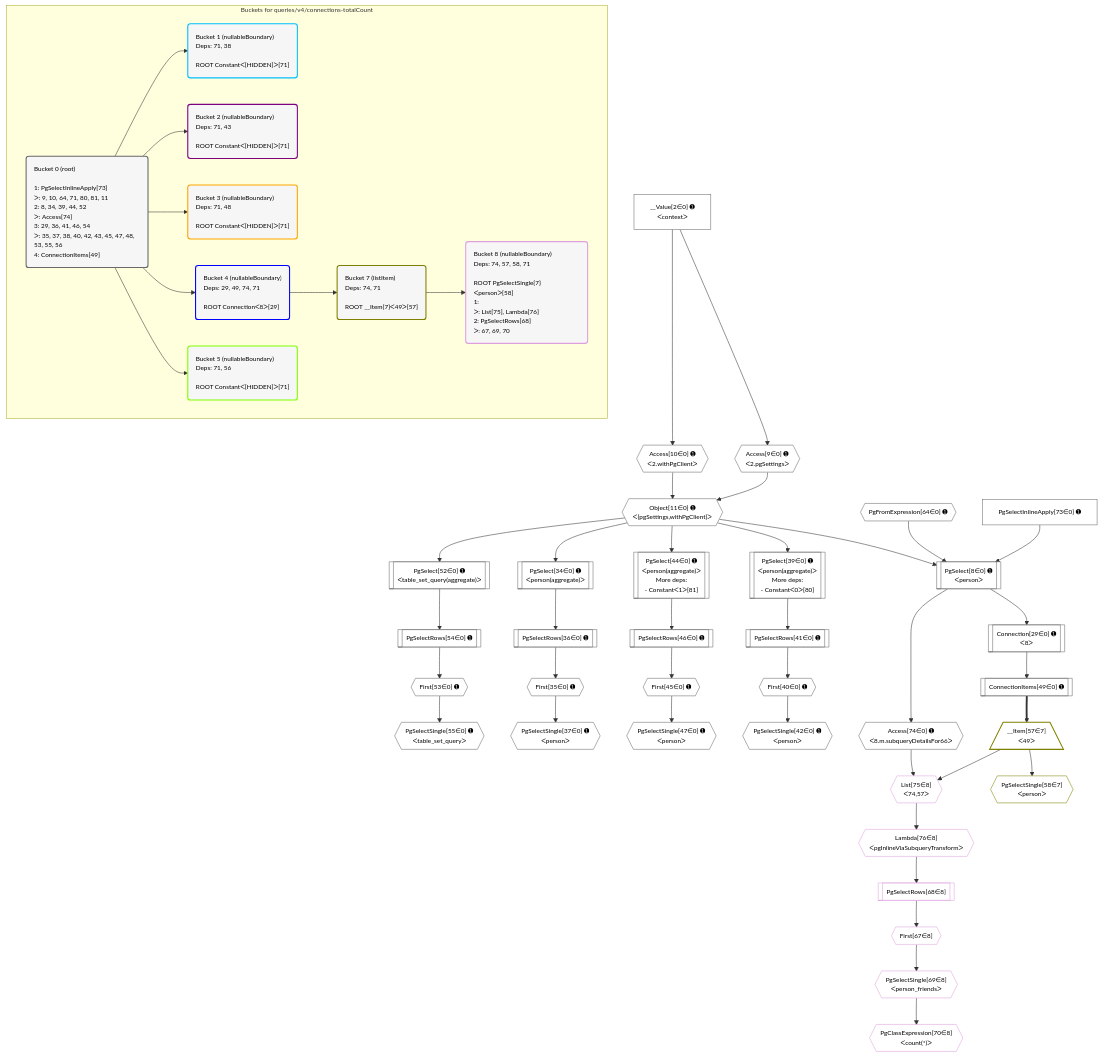
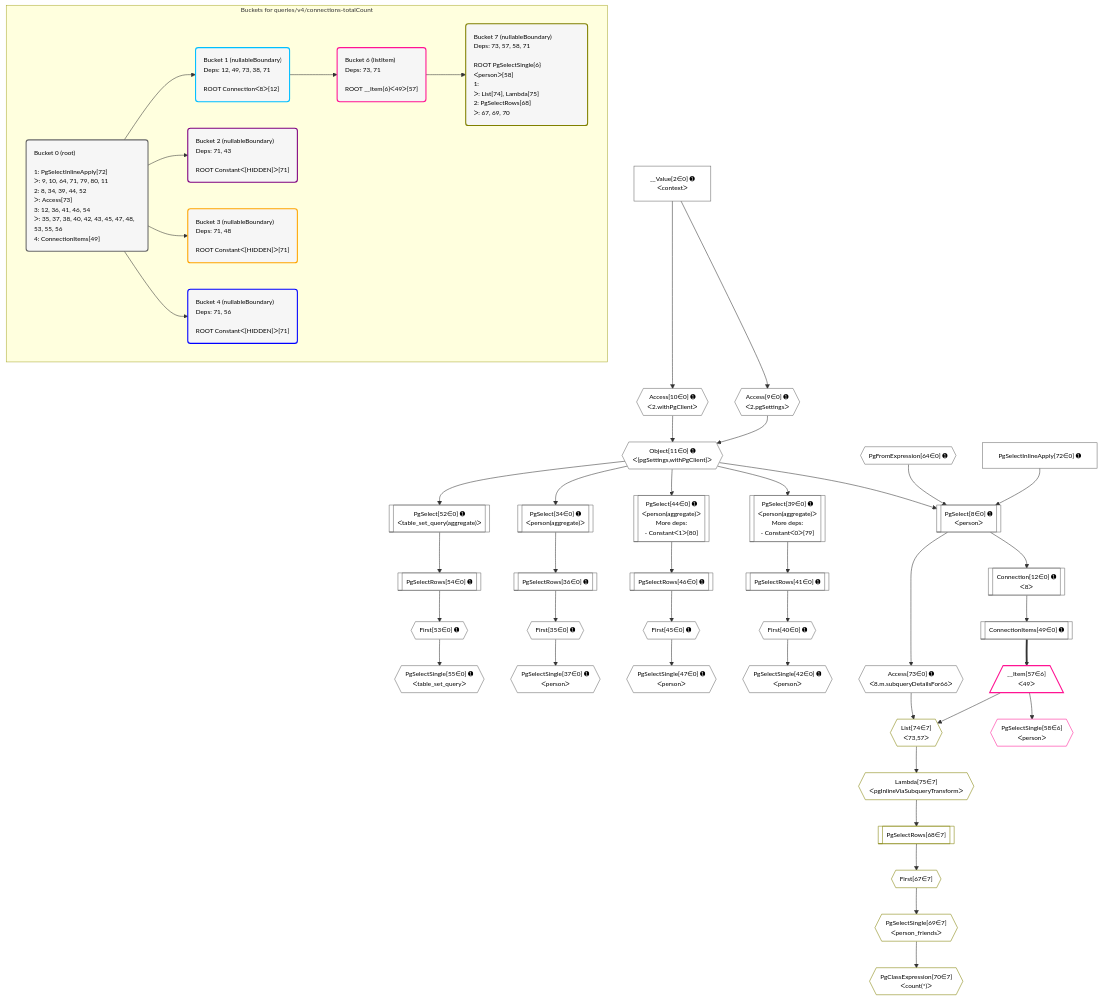
Before and after one commit to graphile/crystal: the diagram in postgraphile/postgraphile/__tests__/queries/v4/connections-totalCount.mermaid, drawn with Mermaid. The commit also changed 6 other files, not shown here.

```diff
--- a/postgraphile/postgraphile/__tests__/queries/v4/connections-totalCount.mermaid
+++ b/postgraphile/postgraphile/__tests__/queries/v4/connections-totalCount.mermaid
@@ -1,107 +1,104 @@
 %%{init: {'themeVariables': { 'fontSize': '12px'}}}%%
 graph TD
     classDef path fill:#eee,stroke:#000,color:#000
     classDef plan fill:#fff,stroke-width:1px,color:#000
     classDef itemplan fill:#fff,stroke-width:2px,color:#000
     classDef unbatchedplan fill:#dff,stroke-width:1px,color:#000
     classDef sideeffectplan fill:#fcc,stroke-width:2px,color:#000
     classDef bucket fill:#f6f6f6,color:#000,stroke-width:2px,text-align:left
 
     subgraph "Buckets for queries/v4/connections-totalCount"
-    Bucket0("Bucket 0 (root)<br /><br />1: PgSelectInlineApply[73]<br />ᐳ: 9, 10, 64, 71, 80, 81, 11<br />2: 8, 34, 39, 44, 52<br />ᐳ: Access[74]<br />3: 29, 36, 41, 46, 54<br />ᐳ: 35, 37, 38, 40, 42, 43, 45, 47, 48, 53, 55, 56<br />4: ConnectionItems[49]"):::bucket
-    Bucket1("Bucket 1 (nullableBoundary)<br />Deps: 71, 38<br /><br />ROOT Constantᐸ[HIDDEN]ᐳ[71]"):::bucket
+    Bucket0("Bucket 0 (root)<br /><br />1: PgSelectInlineApply[72]<br />ᐳ: 9, 10, 64, 71, 79, 80, 11<br />2: 8, 34, 39, 44, 52<br />ᐳ: Access[73]<br />3: 12, 36, 41, 46, 54<br />ᐳ: 35, 37, 38, 40, 42, 43, 45, 47, 48, 53, 55, 56<br />4: ConnectionItems[49]"):::bucket
+    Bucket1("Bucket 1 (nullableBoundary)<br />Deps: 12, 49, 73, 38, 71<br /><br />ROOT Connectionᐸ8ᐳ[12]"):::bucket
     Bucket2("Bucket 2 (nullableBoundary)<br />Deps: 71, 43<br /><br />ROOT Constantᐸ[HIDDEN]ᐳ[71]"):::bucket
     Bucket3("Bucket 3 (nullableBoundary)<br />Deps: 71, 48<br /><br />ROOT Constantᐸ[HIDDEN]ᐳ[71]"):::bucket
-    Bucket4("Bucket 4 (nullableBoundary)<br />Deps: 29, 49, 74, 71<br /><br />ROOT Connectionᐸ8ᐳ[29]"):::bucket
-    Bucket5("Bucket 5 (nullableBoundary)<br />Deps: 71, 56<br /><br />ROOT Constantᐸ[HIDDEN]ᐳ[71]"):::bucket
-    Bucket7("Bucket 7 (listItem)<br />Deps: 74, 71<br /><br />ROOT __Item{7}ᐸ49ᐳ[57]"):::bucket
-    Bucket8("Bucket 8 (nullableBoundary)<br />Deps: 74, 57, 58, 71<br /><br />ROOT PgSelectSingle{7}ᐸpersonᐳ[58]<br />1: <br />ᐳ: List[75], Lambda[76]<br />2: PgSelectRows[68]<br />ᐳ: 67, 69, 70"):::bucket
+    Bucket4("Bucket 4 (nullableBoundary)<br />Deps: 71, 56<br /><br />ROOT Constantᐸ[HIDDEN]ᐳ[71]"):::bucket
+    Bucket6("Bucket 6 (listItem)<br />Deps: 73, 71<br /><br />ROOT __Item{6}ᐸ49ᐳ[57]"):::bucket
+    Bucket7("Bucket 7 (nullableBoundary)<br />Deps: 73, 57, 58, 71<br /><br />ROOT PgSelectSingle{6}ᐸpersonᐳ[58]<br />1: <br />ᐳ: List[74], Lambda[75]<br />2: PgSelectRows[68]<br />ᐳ: 67, 69, 70"):::bucket
     end
-    Bucket0 --> Bucket1 & Bucket2 & Bucket3 & Bucket4 & Bucket5
-    Bucket4 --> Bucket7
-    Bucket7 --> Bucket8
+    Bucket0 --> Bucket1 & Bucket2 & Bucket3 & Bucket4
+    Bucket1 --> Bucket6
+    Bucket6 --> Bucket7
 
     %% plan dependencies
     PgSelect8[["PgSelect[8∈0] ➊<br />ᐸpersonᐳ"]]:::plan
     Object11{{"Object[11∈0] ➊<br />ᐸ{pgSettings,withPgClient}ᐳ"}}:::plan
     PgFromExpression64{{"PgFromExpression[64∈0] ➊"}}:::plan
-    PgSelectInlineApply73["PgSelectInlineApply[73∈0] ➊"]:::plan
-    Object11 & PgFromExpression64 & PgSelectInlineApply73 --> PgSelect8
+    PgSelectInlineApply72["PgSelectInlineApply[72∈0] ➊"]:::plan
+    Object11 & PgFromExpression64 & PgSelectInlineApply72 --> PgSelect8
     Access9{{"Access[9∈0] ➊<br />ᐸ2.pgSettingsᐳ"}}:::plan
     Access10{{"Access[10∈0] ➊<br />ᐸ2.withPgClientᐳ"}}:::plan
     Access9 & Access10 --> Object11
-    PgSelect39[["PgSelect[39∈0] ➊<br />ᐸperson(aggregate)ᐳ<br />More deps:<br />- Constantᐸ0ᐳ[80]"]]:::plan
+    PgSelect39[["PgSelect[39∈0] ➊<br />ᐸperson(aggregate)ᐳ<br />More deps:<br />- Constantᐸ0ᐳ[79]"]]:::plan
     Object11 --> PgSelect39
-    PgSelect44[["PgSelect[44∈0] ➊<br />ᐸperson(aggregate)ᐳ<br />More deps:<br />- Constantᐸ1ᐳ[81]"]]:::plan
+    PgSelect44[["PgSelect[44∈0] ➊<br />ᐸperson(aggregate)ᐳ<br />More deps:<br />- Constantᐸ1ᐳ[80]"]]:::plan
     Object11 --> PgSelect44
     __Value2["__Value[2∈0] ➊<br />ᐸcontextᐳ"]:::plan
     __Value2 --> Access9
     __Value2 --> Access10
-    Connection29[["Connection[29∈0] ➊<br />ᐸ8ᐳ"]]:::plan
-    PgSelect8 --> Connection29
+    Connection12[["Connection[12∈0] ➊<br />ᐸ8ᐳ"]]:::plan
+    PgSelect8 --> Connection12
     PgSelect34[["PgSelect[34∈0] ➊<br />ᐸperson(aggregate)ᐳ"]]:::plan
     Object11 --> PgSelect34
     First35{{"First[35∈0] ➊"}}:::plan
     PgSelectRows36[["PgSelectRows[36∈0] ➊"]]:::plan
     PgSelectRows36 --> First35
     PgSelect34 --> PgSelectRows36
     PgSelectSingle37{{"PgSelectSingle[37∈0] ➊<br />ᐸpersonᐳ"}}:::plan
     First35 --> PgSelectSingle37
     First40{{"First[40∈0] ➊"}}:::plan
     PgSelectRows41[["PgSelectRows[41∈0] ➊"]]:::plan
     PgSelectRows41 --> First40
     PgSelect39 --> PgSelectRows41
     PgSelectSingle42{{"PgSelectSingle[42∈0] ➊<br />ᐸpersonᐳ"}}:::plan
     First40 --> PgSelectSingle42
     First45{{"First[45∈0] ➊"}}:::plan
     PgSelectRows46[["PgSelectRows[46∈0] ➊"]]:::plan
     PgSelectRows46 --> First45
     PgSelect44 --> PgSelectRows46
     PgSelectSingle47{{"PgSelectSingle[47∈0] ➊<br />ᐸpersonᐳ"}}:::plan
     First45 --> PgSelectSingle47
     ConnectionItems49[["ConnectionItems[49∈0] ➊"]]:::plan
-    Connection29 --> ConnectionItems49
+    Connection12 --> ConnectionItems49
     PgSelect52[["PgSelect[52∈0] ➊<br />ᐸtable_set_query(aggregate)ᐳ"]]:::plan
     Object11 --> PgSelect52
     First53{{"First[53∈0] ➊"}}:::plan
     PgSelectRows54[["PgSelectRows[54∈0] ➊"]]:::plan
     PgSelectRows54 --> First53
     PgSelect52 --> PgSelectRows54
     PgSelectSingle55{{"PgSelectSingle[55∈0] ➊<br />ᐸtable_set_queryᐳ"}}:::plan
     First53 --> PgSelectSingle55
-    Access74{{"Access[74∈0] ➊<br />ᐸ8.m.subqueryDetailsFor66ᐳ"}}:::plan
-    PgSelect8 --> Access74
-    __Item57[/"__Item[57∈7]<br />ᐸ49ᐳ"\]:::itemplan
+    Access73{{"Access[73∈0] ➊<br />ᐸ8.m.subqueryDetailsFor66ᐳ"}}:::plan
+    PgSelect8 --> Access73
+    __Item57[/"__Item[57∈6]<br />ᐸ49ᐳ"\]:::itemplan
     ConnectionItems49 ==> __Item57
-    PgSelectSingle58{{"PgSelectSingle[58∈7]<br />ᐸpersonᐳ"}}:::plan
+    PgSelectSingle58{{"PgSelectSingle[58∈6]<br />ᐸpersonᐳ"}}:::plan
     __Item57 --> PgSelectSingle58
-    List75{{"List[75∈8]<br />ᐸ74,57ᐳ"}}:::plan
-    Access74 & __Item57 --> List75
-    First67{{"First[67∈8]"}}:::plan
-    PgSelectRows68[["PgSelectRows[68∈8]"]]:::plan
+    List74{{"List[74∈7]<br />ᐸ73,57ᐳ"}}:::plan
+    Access73 & __Item57 --> List74
+    First67{{"First[67∈7]"}}:::plan
+    PgSelectRows68[["PgSelectRows[68∈7]"]]:::plan
     PgSelectRows68 --> First67
-    Lambda76{{"Lambda[76∈8]<br />ᐸpgInlineViaSubqueryTransformᐳ"}}:::plan
-    Lambda76 --> PgSelectRows68
-    PgSelectSingle69{{"PgSelectSingle[69∈8]<br />ᐸperson_friendsᐳ"}}:::plan
+    Lambda75{{"Lambda[75∈7]<br />ᐸpgInlineViaSubqueryTransformᐳ"}}:::plan
+    Lambda75 --> PgSelectRows68
+    PgSelectSingle69{{"PgSelectSingle[69∈7]<br />ᐸperson_friendsᐳ"}}:::plan
     First67 --> PgSelectSingle69
-    PgClassExpression70{{"PgClassExpression[70∈8]<br />ᐸcount(*)ᐳ"}}:::plan
+    PgClassExpression70{{"PgClassExpression[70∈7]<br />ᐸcount(*)ᐳ"}}:::plan
     PgSelectSingle69 --> PgClassExpression70
-    List75 --> Lambda76
+    List74 --> Lambda75
 
     %% define steps
     classDef bucket0 stroke:#696969
-    class Bucket0,__Value2,PgSelect8,Access9,Access10,Object11,Connection29,PgSelect34,First35,PgSelectRows36,PgSelectSingle37,PgSelect39,First40,PgSelectRows41,PgSelectSingle42,PgSelect44,First45,PgSelectRows46,PgSelectSingle47,ConnectionItems49,PgSelect52,First53,PgSelectRows54,PgSelectSingle55,PgFromExpression64,PgSelectInlineApply73,Access74 bucket0
+    class Bucket0,__Value2,PgSelect8,Access9,Access10,Object11,Connection12,PgSelect34,First35,PgSelectRows36,PgSelectSingle37,PgSelect39,First40,PgSelectRows41,PgSelectSingle42,PgSelect44,First45,PgSelectRows46,PgSelectSingle47,ConnectionItems49,PgSelect52,First53,PgSelectRows54,PgSelectSingle55,PgFromExpression64,PgSelectInlineApply72,Access73 bucket0
     classDef bucket1 stroke:#00bfff
     class Bucket1 bucket1
     classDef bucket2 stroke:#7f007f
     class Bucket2 bucket2
     classDef bucket3 stroke:#ffa500
     class Bucket3 bucket3
     classDef bucket4 stroke:#0000ff
     class Bucket4 bucket4
-    classDef bucket5 stroke:#7fff00
-    class Bucket5 bucket5
+    classDef bucket6 stroke:#ff1493
+    class Bucket6,__Item57,PgSelectSingle58 bucket6
     classDef bucket7 stroke:#808000
-    class Bucket7,__Item57,PgSelectSingle58 bucket7
-    classDef bucket8 stroke:#dda0dd
-    class Bucket8,First67,PgSelectRows68,PgSelectSingle69,PgClassExpression70,List75,Lambda76 bucket8
+    class Bucket7,First67,PgSelectRows68,PgSelectSingle69,PgClassExpression70,List74,Lambda75 bucket7
```
